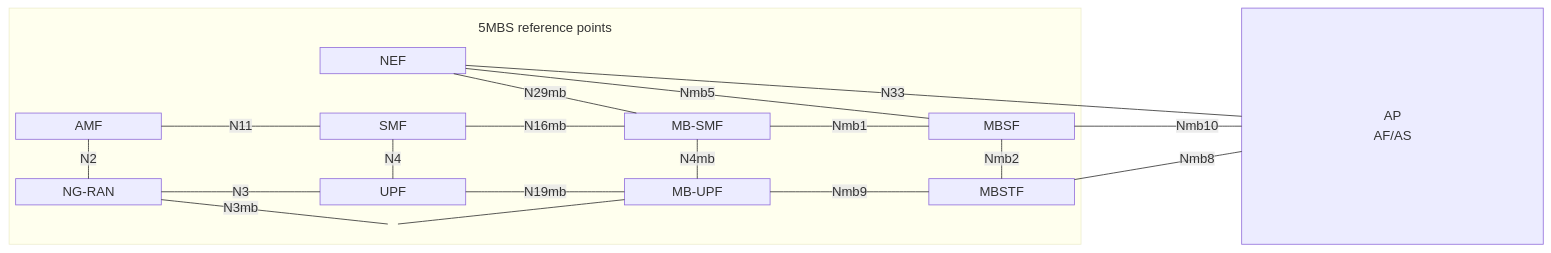
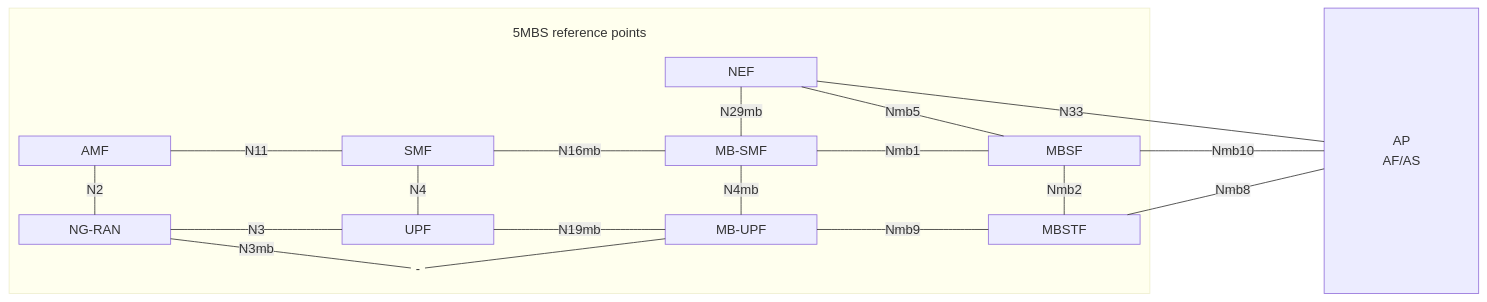
One commit to 5G-MAG/Getting-Started changed the first of 6 diagrams in pages/5g-multicast-broadcast-services/tutorials/mbstf.md. Above: the diagram before and after it, drawn with Mermaid. The commit also changed other lines of this file, not shown here.

Commit message:
Split the sequence diagram into several diagrams that accompany the operations at each step of the tutorial and fill out the Single shot PUSH mode tutorial step.

````diff
--- a/pages/5g-multicast-broadcast-services/tutorials/mbstf.md
+++ b/pages/5g-multicast-broadcast-services/tutorials/mbstf.md
@@ -21,40 +21,43 @@
 ```mermaid
 ---
 title: "MBSTF and associated 5G NFs"
-block:
-  padding: 16
-  useMaxWidth: false
+config:
+  block:
+    padding: 12
+    useMaxWidth: true
 ---
 block-beta
-  columns 10
+  columns 9
   block:g1:7
     columns 7
     space:3 text1["5MBS reference points"] space:3
-    space:2 NEF["NEF"]:5
+    space:4 NEF["NEF"]:3
     space:7
     AMF["AMF"] space SMF["SMF"] space MBSMF["MB-SMF"] space MBSF["MBSF"]
     space:7
     RAN["NG-RAN"] space UPF["UPF"] space MBUPF["MB-UPF"] space MBSTF["MBSTF"]
-    space:2 invis1(("&nbsp;")) space:4
+    space:2 invis1(("-")) space:4
   end
-  space AP["AP\nAF/AS"]:2
+  space AP["AP\nAF/AS"]
+
   NEF-- "N29mb" ---MBSMF
   NEF-- "Nmb5" ---MBSF
   MBSF-- "Nmb1" ---MBSMF
   MBSMF-- "N16mb" ---SMF
   MBSF-- "Nmb2" ---MBSTF
   MBSMF-- "N4mb" ---MBUPF
   MBSTF-- "Nmb9" ---MBUPF
   MBUPF-- "N19mb" ---UPF
   SMF-- "N4" ---UPF
   SMF-- "N11" ---AMF
   UPF-- "N3" ---RAN
   AMF-- "N2" ---RAN
   MBUPF---invis1
   invis1-- "N3mb" ---RAN
   AP-- "N33" ---NEF
   AP-- "Nmb10" ---MBSF
   AP-- "Nmb8" ---MBSTF
+
   style invis1 fill:#0000,stroke:#0000,color:#0000
   style text1 fill:#0000,stroke:#0000
 ```
````
